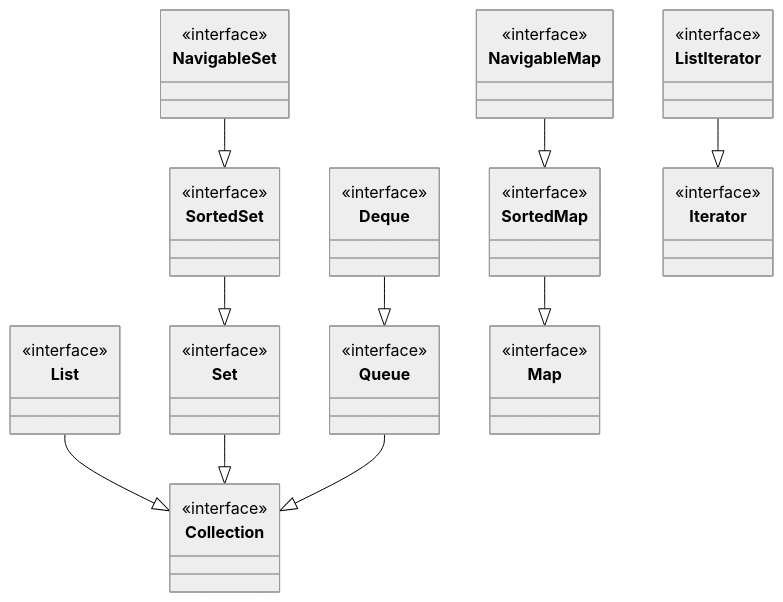
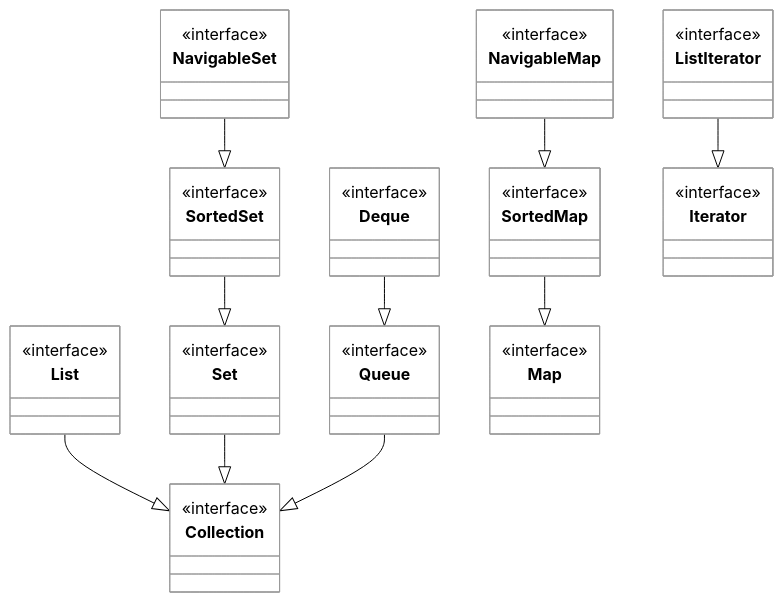
Before and after one commit to byucsstudent/cs240v2: the diagram in instruction/collections/collections.md, drawn with Mermaid.

Commit message:
Lee Jensen - update(Java Collections)

````diff
--- a/instruction/collections/collections.md
+++ b/instruction/collections/collections.md
@@ -22,53 +22,53 @@
 ```mermaid
-%%{init: { 'theme': 'neutral', 'themeVariables': { 'lineColor': '#000000', 'primaryTextColor': '#000000', 'actorBorder': '#000000', 'participantBorder': '#000000', 'noteBorderColor': '#000000' } }}%%
+%%{init: { 'theme': 'neutral', 'themeVariables': { 'mainBkg': '#ffffff', 'lineColor': '#000000', 'primaryTextColor': '#000000', 'actorBorder': '#000000', 'participantBorder': '#000000', 'noteBorderColor': '#000000' } }}%%
 
 classDiagram
     class Collection {
         <<interface>>
     }
     class List {
         <<interface>>
     }
     class Set {
         <<interface>>
     }
     class Queue {
         <<interface>>
     }
     class SortedSet {
         <<interface>>
     }
     class NavigableSet {
         <<interface>>
     }
     class Deque {
         <<interface>>
     }
     class Map {
         <<interface>>
     }
     class SortedMap {
         <<interface>>
     }
     class NavigableMap {
         <<interface>>
     }
     class Iterator {
         <<interface>>
     }
     class ListIterator {
         <<interface>>
     }
 
     List --|> Collection
     Set --|> Collection
     Queue --|> Collection
     SortedSet --|> Set
     NavigableSet --|> SortedSet
     Deque --|> Queue
 
     SortedMap --|> Map
     NavigableMap --|> SortedMap
 
     ListIterator --|> Iterator
 ```
````
